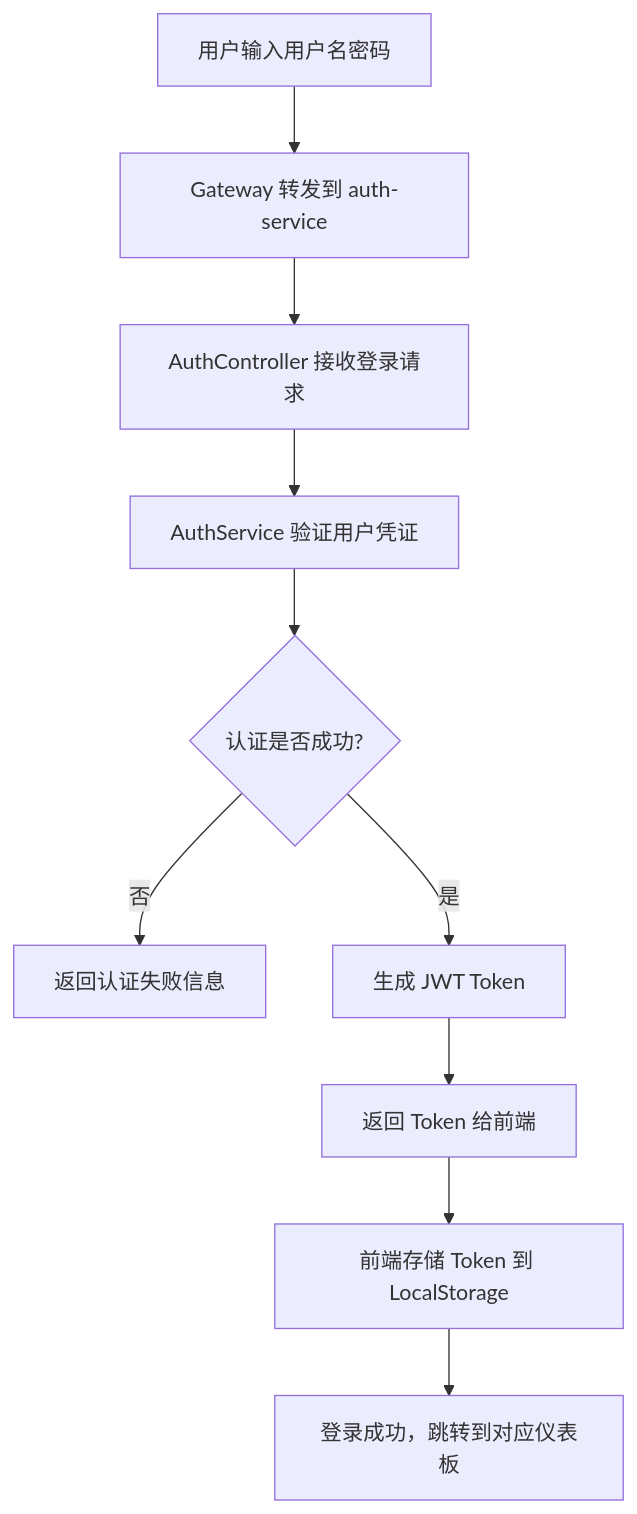
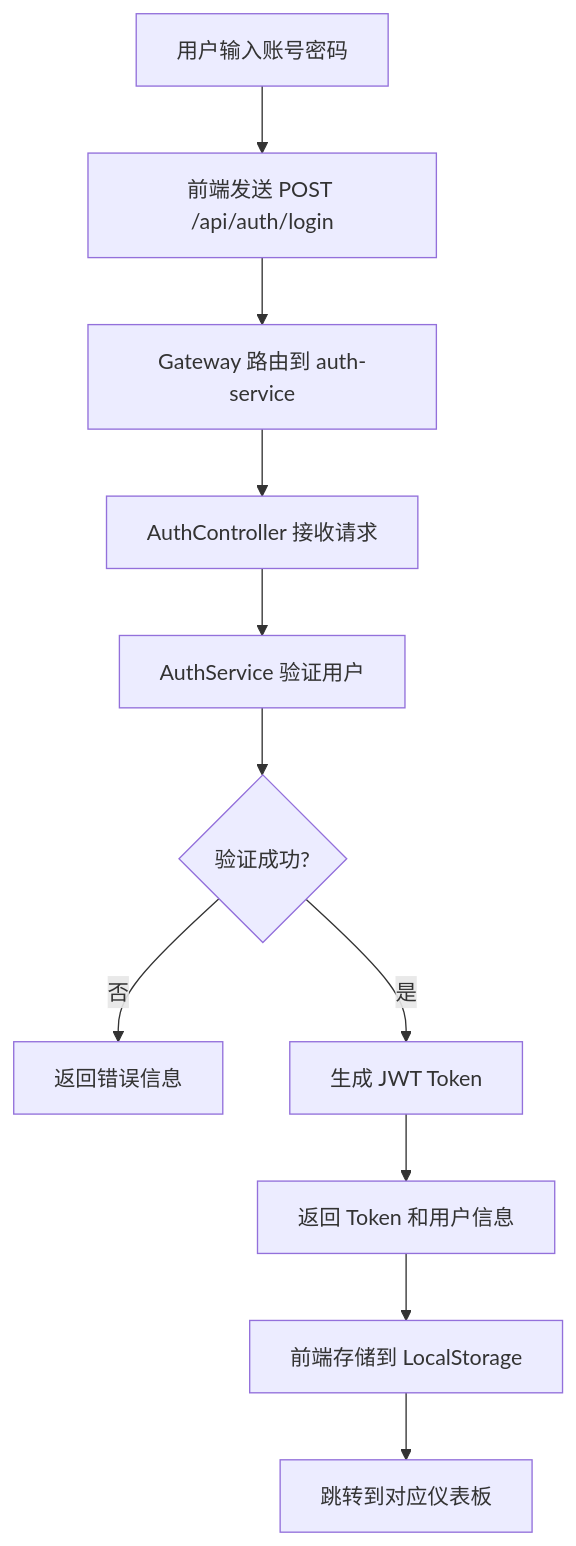
Before and after one commit to NissonCX/Java-Course-Exp: the second of 5 diagrams in Exp_Final/实验报告.md, drawn with Mermaid. The commit also changed other lines of this file and 7 other files, not shown here.

````diff
--- a/Exp_Final/实验报告.md
+++ b/Exp_Final/实验报告.md
@@ -196,12 +288,13 @@
 ```mermaid
 graph TD
-    A[用户输入用户名密码] --> B[Gateway 转发到 auth-service]
-    B --> C[AuthController 接收登录请求]
-    C --> D[AuthService 验证用户凭证]
-    D --> E{认证是否成功?}
-    E -->|否| F[返回认证失败信息]
-    E -->|是| G[生成 JWT Token]
-    G --> H[返回 Token 给前端]
-    H --> I[前端存储 Token 到 LocalStorage]
-    I --> J[登录成功，跳转到对应仪表板]
+    A[用户输入账号密码] --> B[前端发送 POST /api/auth/login]
+    B --> C[Gateway 路由到 auth-service]
+    C --> D[AuthController 接收请求]
+    D --> E[AuthService 验证用户]
+    E --> F{验证成功?}
+    F -->|否| G[返回错误信息]
+    F -->|是| H[生成 JWT Token]
+    H --> I[返回 Token 和用户信息]
+    I --> J[前端存储到 LocalStorage]
+    J --> K[跳转到对应仪表板]
 ```
````
